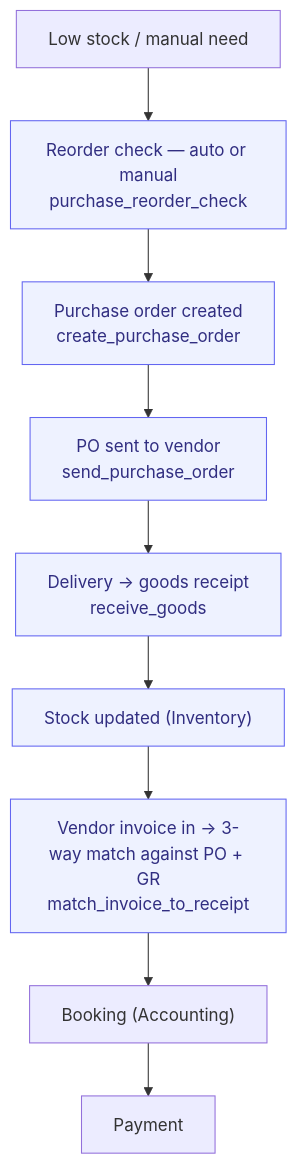
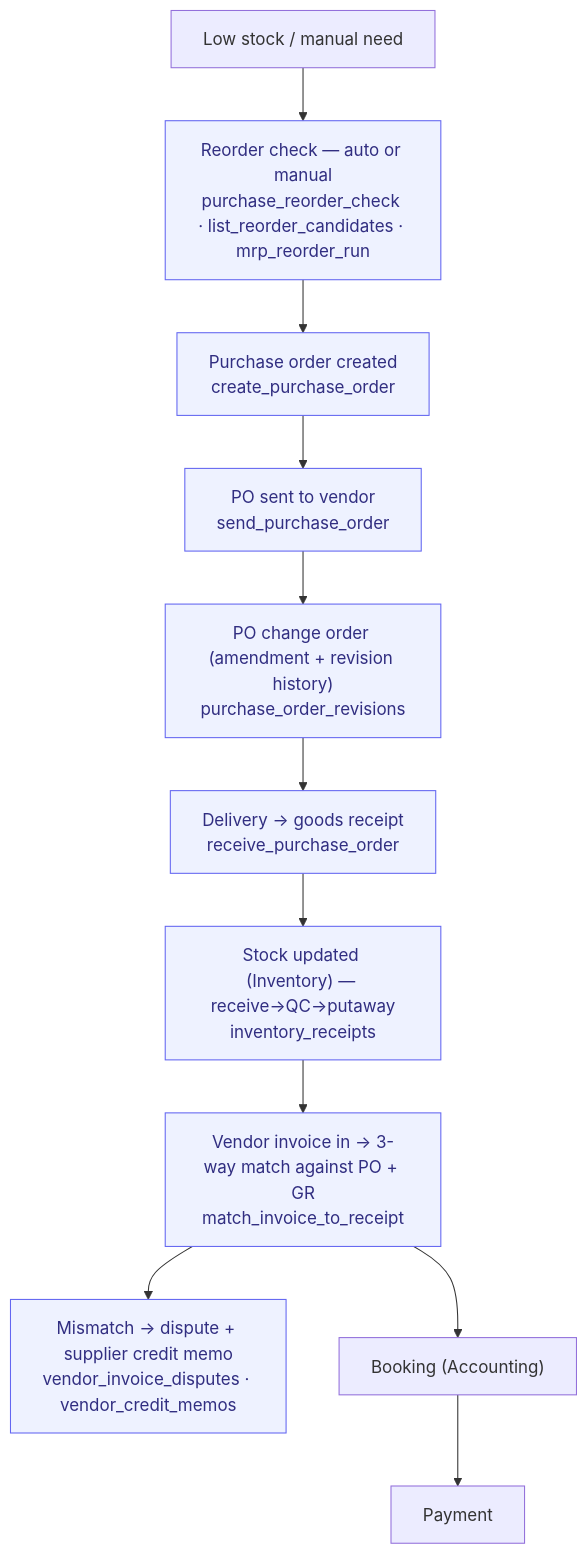
One commit to magnusfroste/flowwink changed the diagram in docs/processes/procure-to-pay.md. Above: the diagram before and after it, drawn with Mermaid. The commit also changed other lines of this file and 12 other files, not shown here.

````diff
--- a/docs/processes/procure-to-pay.md
+++ b/docs/processes/procure-to-pay.md
@@ -27,14 +27,16 @@
 ```mermaid
 flowchart TD
-    A["Low stock / manual need"] --> B["Reorder check — auto or manual<br/>purchase_reorder_check"]
+    A["Low stock / manual need"] --> B["Reorder check — auto or manual<br/>purchase_reorder_check · list_reorder_candidates · mrp_reorder_run"]
     B --> C["Purchase order created<br/>create_purchase_order"]
     C --> D["PO sent to vendor<br/>send_purchase_order"]
-    D --> E["Delivery → goods receipt<br/>receive_goods"]
-    E --> F["Stock updated (Inventory)"]
+    D --> D2["PO change order (amendment + revision history)<br/>purchase_order_revisions"]
+    D2 --> E["Delivery → goods receipt<br/>receive_purchase_order"]
+    E --> F["Stock updated (Inventory) — receive→QC→putaway<br/>inventory_receipts"]
     F --> G["Vendor invoice in → 3-way match against PO + GR<br/>match_invoice_to_receipt"]
+    G --> G2["Mismatch → dispute + supplier credit memo<br/>vendor_invoice_disputes · vendor_credit_memos"]
     G --> H["Booking (Accounting)"]
     H --> I["Payment"]
 
     classDef agent fill:#eef2ff,stroke:#6366f1,color:#312e81;
-    class B,C,D,E,F,G agent
+    class B,C,D,D2,E,F,G,G2 agent
 ```
````
